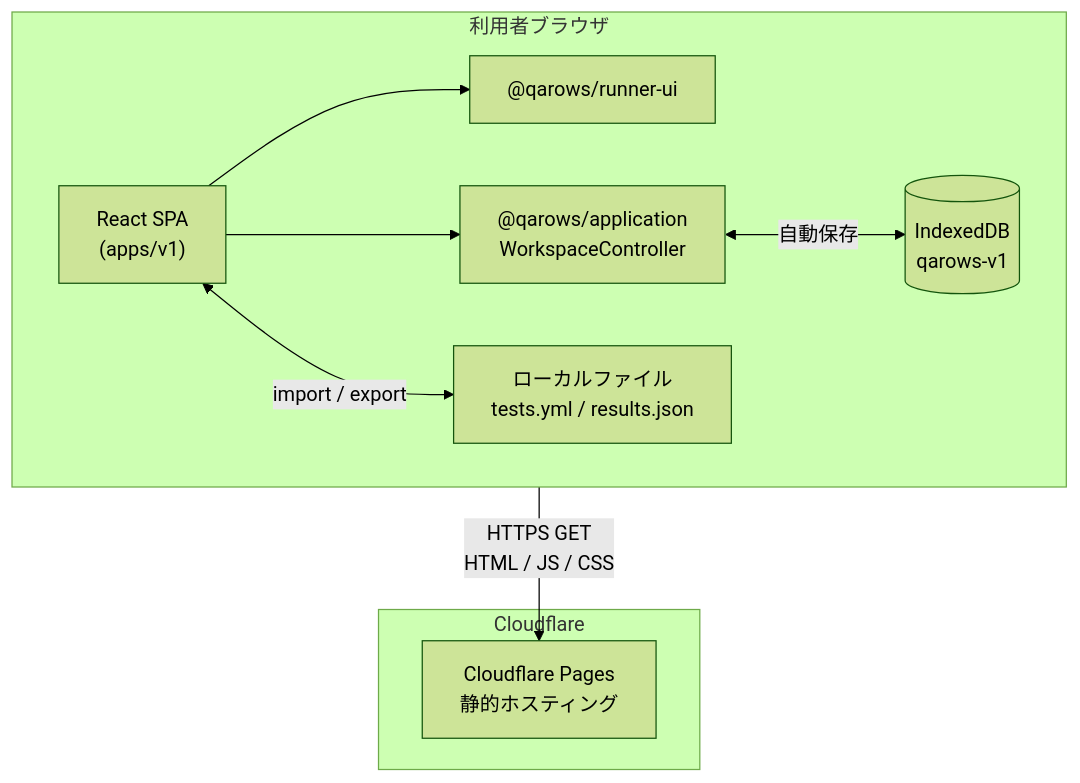
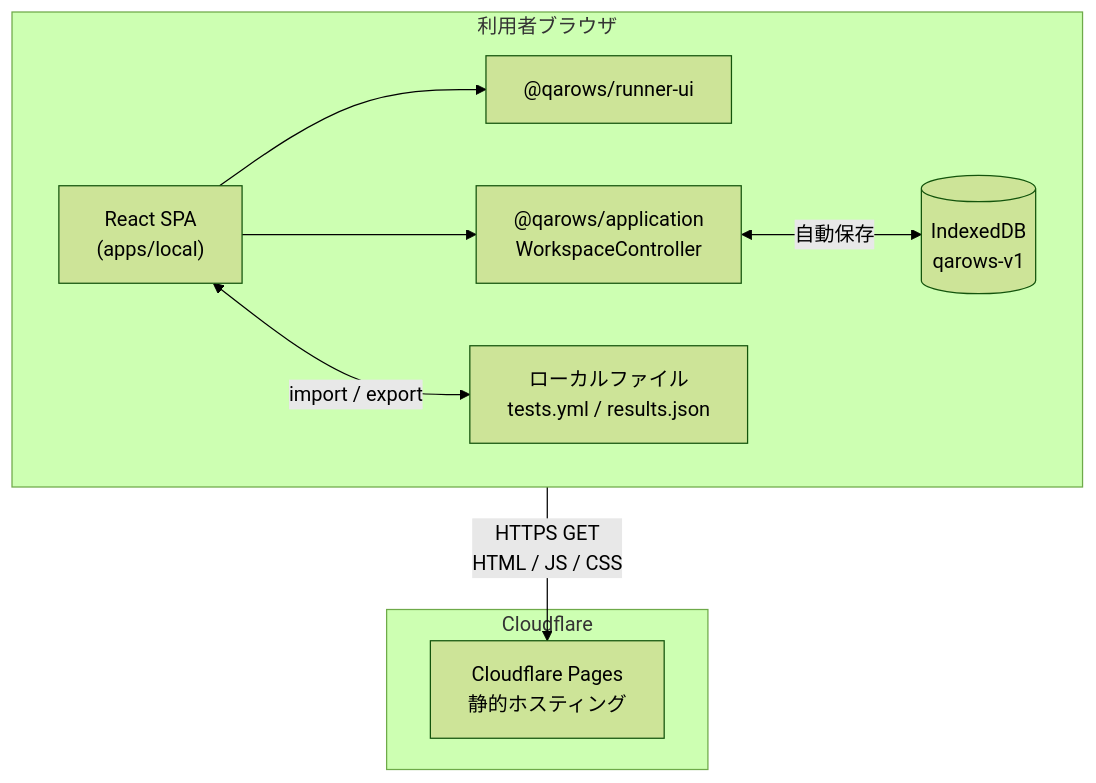
Before and after one commit to fuyuz/qarows: the second of 6 diagrams in docs/architecture.md, drawn with Mermaid (forest theme). The commit also changed other lines of this file and 235 other files, not shown here.

````diff
--- a/docs/architecture.md
+++ b/docs/architecture.md
@@ -52,20 +52,20 @@
 ```mermaid
 flowchart TB
   subgraph User["利用者ブラウザ"]
-    SPA["React SPA<br/>(apps/v1)"]
+    SPA["React SPA<br/>(apps/local)"]
     RunnerUI["@qarows/runner-ui"]
     AppLayer["@qarows/application<br/>WorkspaceController"]
     IDB[("IndexedDB<br/>qarows-v1")]
     Files["ローカルファイル<br/>tests.yml / results.json"]
     SPA --> RunnerUI
     SPA --> AppLayer
     AppLayer <-->|自動保存| IDB
     SPA <-->|import / export| Files
   end
 
   subgraph CF["Cloudflare"]
     Pages["Cloudflare Pages<br/>静的ホスティング"]
   end
 
   User -->|HTTPS GET<br/>HTML / JS / CSS| Pages
 ```
````
